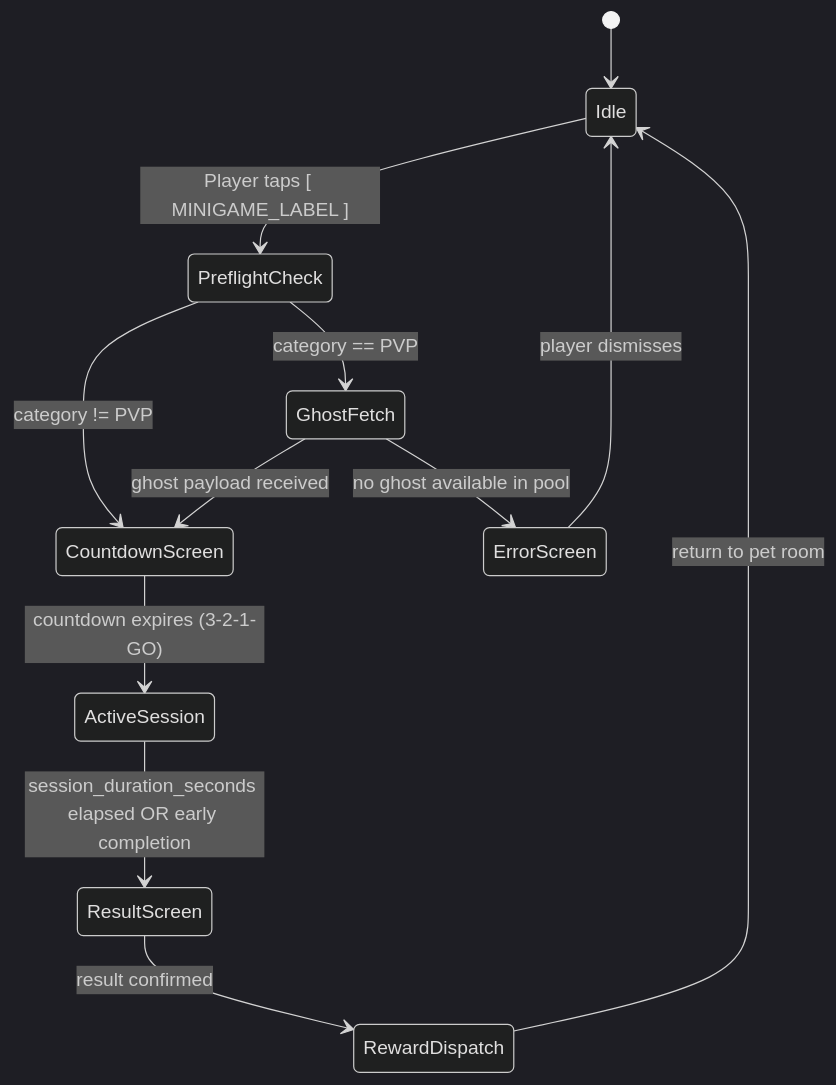
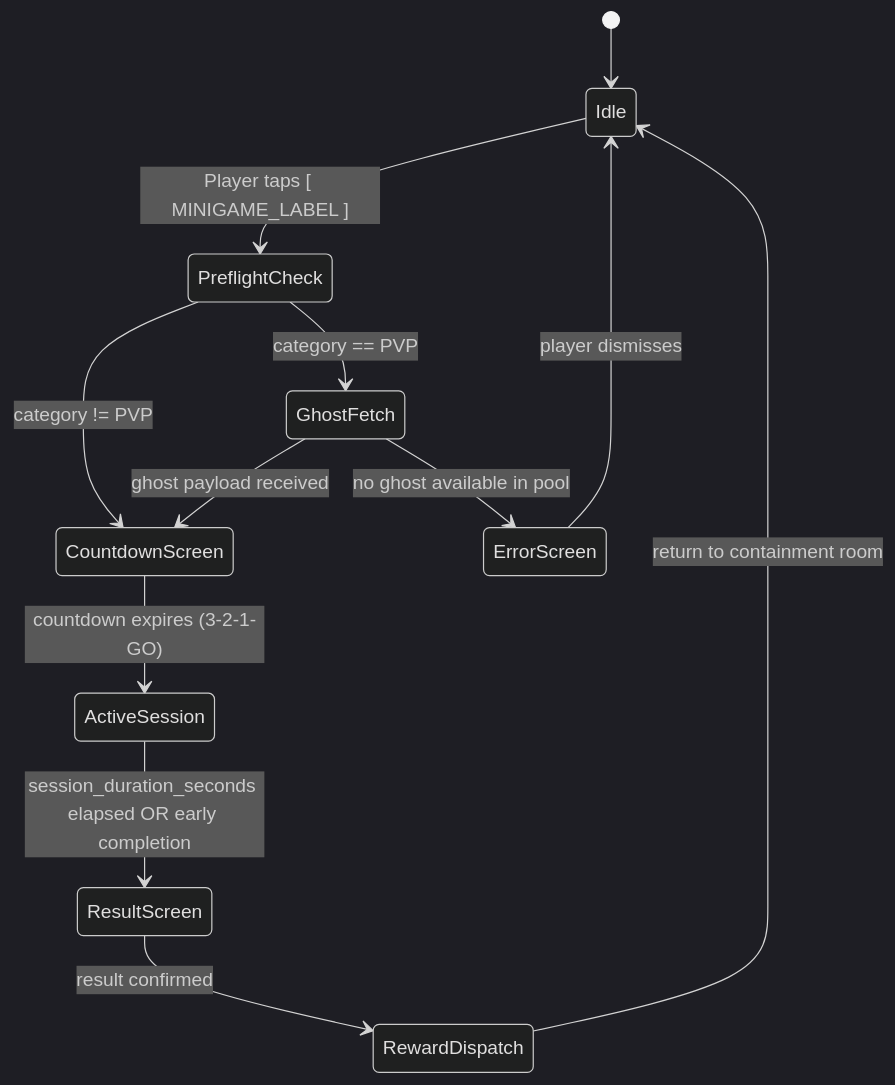
Before and after one commit to TheMrCorvy/HATCH.REF: the first of 4 diagrams in Documentation/Plugins/Minigames/02-session-lifecycle-and-categories.md, drawn with Mermaid (dark theme). The commit also changed other lines of this file and 47 other files, not shown here.

````diff
--- a/Documentation/Plugins/Minigames/02-session-lifecycle-and-categories.md
+++ b/Documentation/Plugins/Minigames/02-session-lifecycle-and-categories.md
@@ -11,17 +11,17 @@
 ```mermaid
 stateDiagram-v2
     [*] --> Idle
 
     Idle --> PreflightCheck : Player taps [ MINIGAME_LABEL ]
     PreflightCheck --> GhostFetch : category == PVP
     PreflightCheck --> CountdownScreen : category != PVP
     GhostFetch --> CountdownScreen : ghost payload received
     GhostFetch --> ErrorScreen : no ghost available in pool
 
     CountdownScreen --> ActiveSession : countdown expires (3-2-1-GO)
     ActiveSession --> ResultScreen : session_duration_seconds elapsed OR early completion
     ResultScreen --> RewardDispatch : result confirmed
-    RewardDispatch --> Idle : return to pet room
+    RewardDispatch --> Idle : return to containment room
 
     ErrorScreen --> Idle : player dismisses
 ```
````
